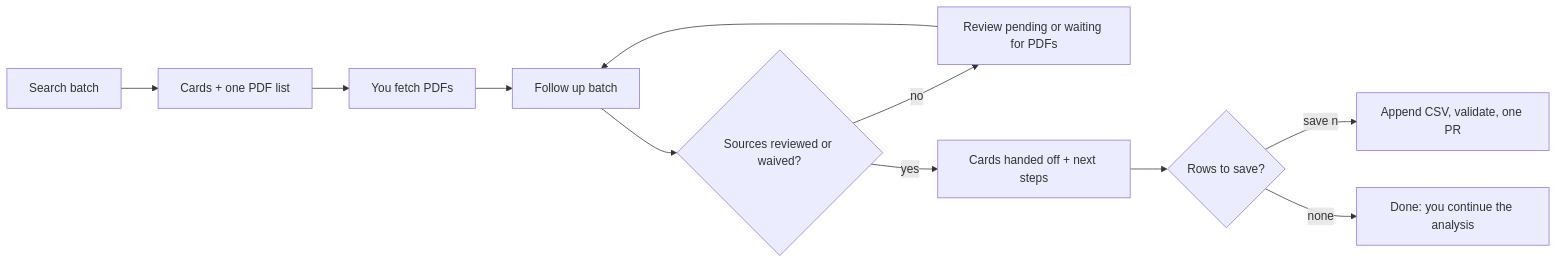
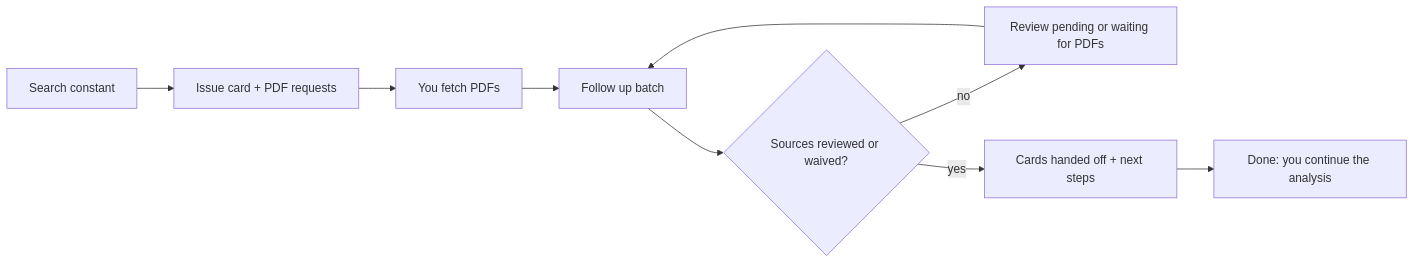
One commit to ImperialCollegeLondon/ve_data_science changed the diagram in docs/AI-assisted-parameterisation.md. Above: the diagram before and after it, drawn with Mermaid. The commit also changed other lines of this file and 3 other files, not shown here.

````diff
--- a/docs/AI-assisted-parameterisation.md
+++ b/docs/AI-assisted-parameterisation.md
@@ -36,13 +39,11 @@
 ```mermaid
 flowchart LR
-    A[Search batch] --> B[Cards + one PDF list]
+    A[Search constant] --> B[Issue card + PDF requests]
     B --> C[You fetch PDFs]
     C --> D[Follow up batch]
     D --> E{Sources reviewed or waived?}
     E -- no --> I[Review pending or waiting for PDFs]
     I --> D
     E -- yes --> J[Cards handed off + next steps]
-    J --> F{Rows to save?}
-    F -- "save n" --> G[Append CSV, validate, one PR]
-    F -- none --> H[Done: you continue the analysis]
+    J --> H[Done: you continue the analysis]
 ```
````
